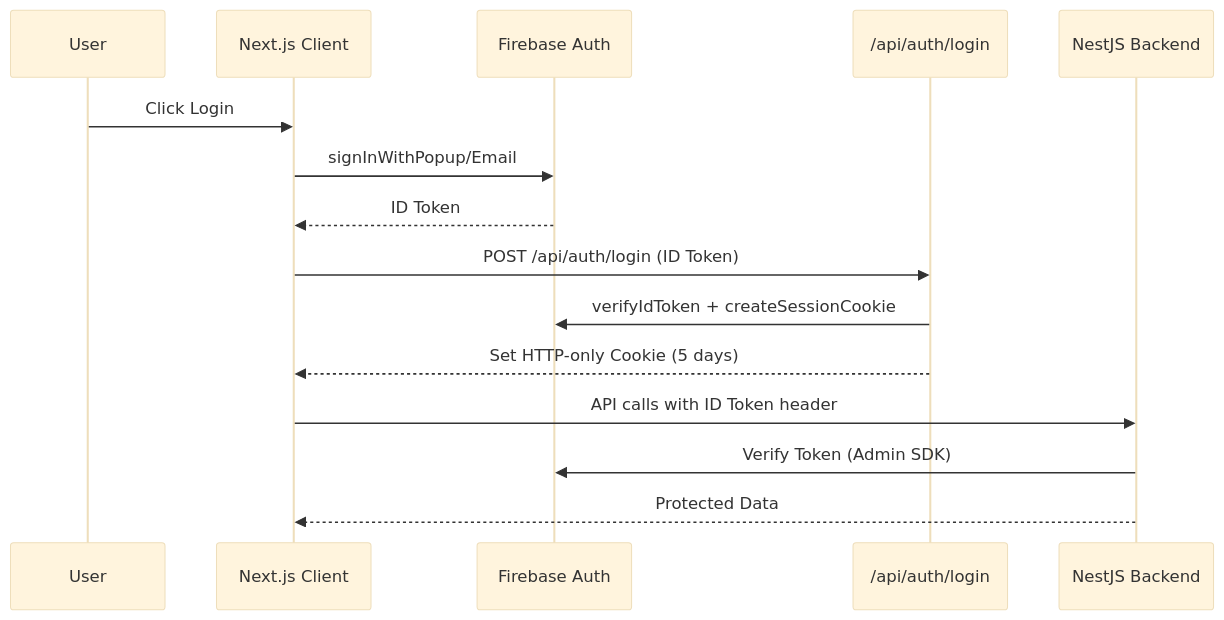
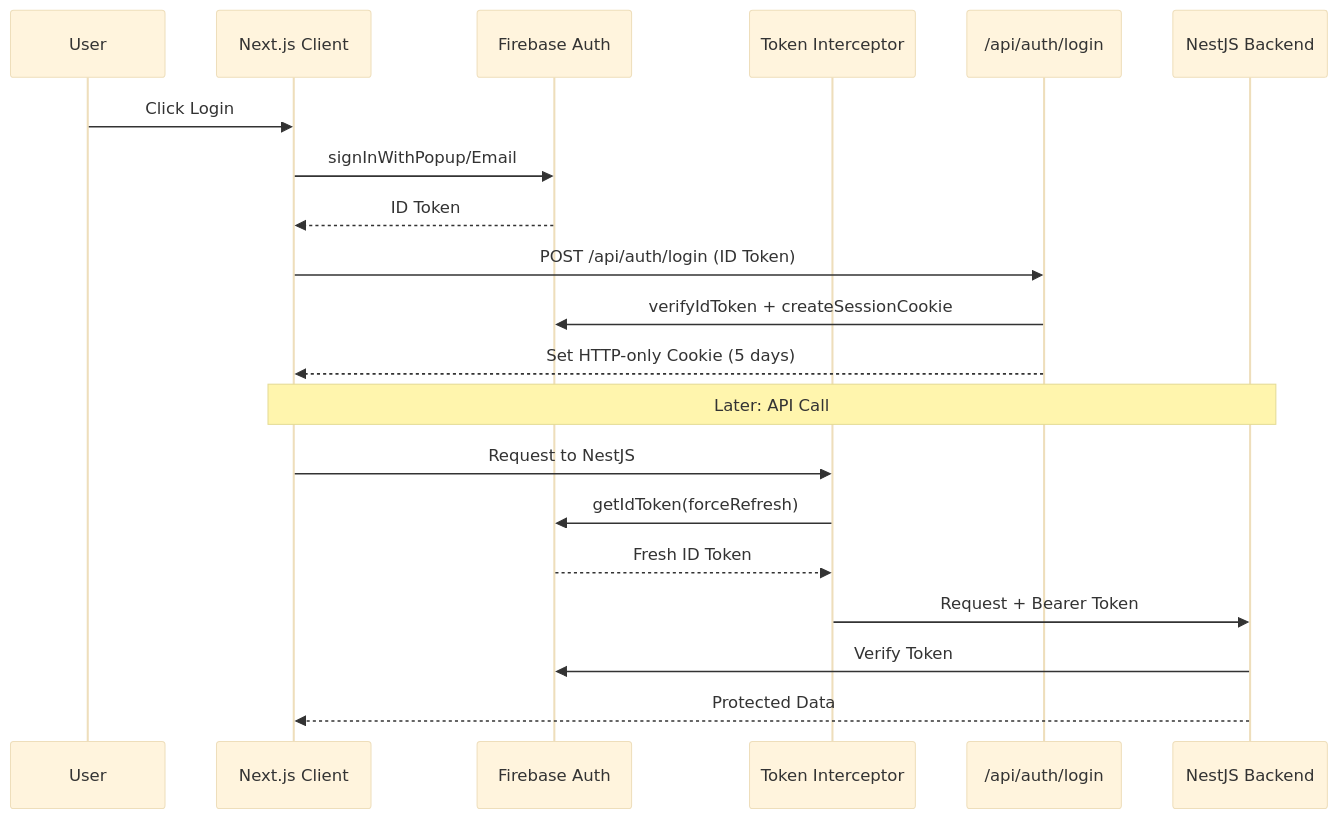
One commit to Tmaku18/RADIOapp changed the second of 4 diagrams in .cursor/plans/Web_App_Implementation_Plan.plan.md. Above: the diagram before and after it, drawn with Mermaid (base theme). The commit also changed other lines of this file, not shown here.

Commit message:
docs: Update web app plan to v2.2 - token interceptor, signed heartbeats, observability

````diff
--- a/.cursor/plans/Web_App_Implementation_Plan.plan.md
+++ b/.cursor/plans/Web_App_Implementation_Plan.plan.md
@@ -167,18 +215,24 @@
 ```mermaid
 sequenceDiagram
     participant User
     participant NextJS as Next.js Client
     participant Firebase as Firebase Auth
+    participant Interceptor as Token Interceptor
     participant SessionAPI as /api/auth/login
     participant NestJS as NestJS Backend
     
     User->>NextJS: Click Login
     NextJS->>Firebase: signInWithPopup/Email
     Firebase-->>NextJS: ID Token
     NextJS->>SessionAPI: POST /api/auth/login (ID Token)
     SessionAPI->>Firebase: verifyIdToken + createSessionCookie
     SessionAPI-->>NextJS: Set HTTP-only Cookie (5 days)
-    NextJS->>NestJS: API calls with ID Token header
-    NestJS->>Firebase: Verify Token (Admin SDK)
+    
+    Note over NextJS,NestJS: Later: API Call
+    NextJS->>Interceptor: Request to NestJS
+    Interceptor->>Firebase: getIdToken(forceRefresh)
+    Firebase-->>Interceptor: Fresh ID Token
+    Interceptor->>NestJS: Request + Bearer Token
+    NestJS->>Firebase: Verify Token
     NestJS-->>NextJS: Protected Data
 ```
````
